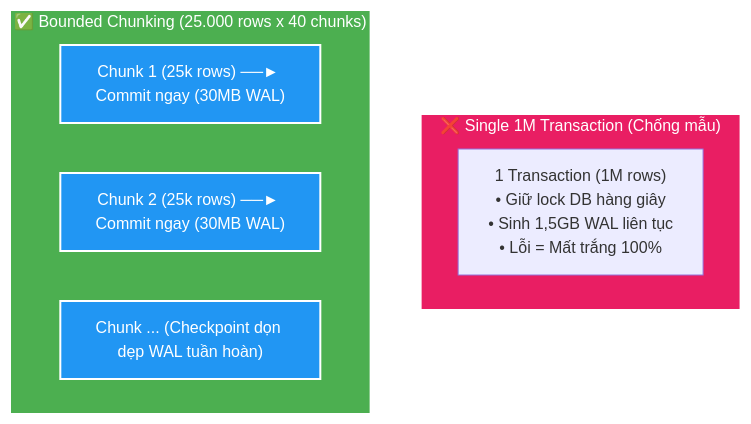
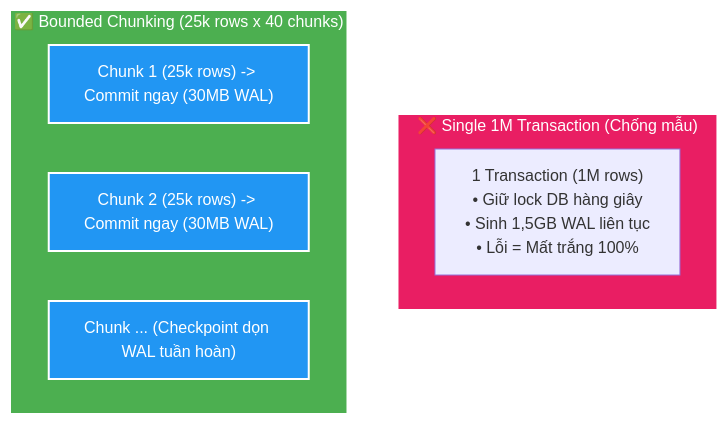
Before and after one commit to HungPhan200591/file-mngt-be-v2: the fourth of 4 diagrams in manual/learning/deep-dive/write-ahead-logging/01-wal-and-storage-engine-internals.md, drawn with Mermaid. The commit also changed other lines of this file, not shown here.

````diff
--- a/manual/learning/deep-dive/write-ahead-logging/01-wal-and-storage-engine-internals.md
+++ b/manual/learning/deep-dive/write-ahead-logging/01-wal-and-storage-engine-internals.md
@@ -149,18 +149,18 @@
 ```mermaid
 flowchart TD
     subgraph BAD["❌ Single 1M Transaction (Chống mẫu)"]
         T1["1 Transaction (1M rows)<br/>• Giữ lock DB hàng giây<br/>• Sinh 1,5GB WAL liên tục<br/>• Lỗi = Mất trắng 100%"]
     end
 
-    subgraph GOOD["✅ Bounded Chunking (25.000 rows x 40 chunks)"]
-        C1["Chunk 1 (25k rows) ──► Commit ngay (30MB WAL)"]
-        C2["Chunk 2 (25k rows) ──► Commit ngay (30MB WAL)"]
-        C3["Chunk ... (Checkpoint dọn dẹp WAL tuần hoàn)"]
+    subgraph GOOD["✅ Bounded Chunking (25k rows x 40 chunks)"]
+        C1["Chunk 1 (25k rows) -> Commit ngay (30MB WAL)"]
+        C2["Chunk 2 (25k rows) -> Commit ngay (30MB WAL)"]
+        C3["Chunk ... (Checkpoint dọn WAL tuần hoàn)"]
     end
 
     style BAD fill:#E91E63,stroke:#fff,stroke-width:2px,color:#fff
     style GOOD fill:#4CAF50,stroke:#fff,stroke-width:2px,color:#fff
     style C1 fill:#2196F3,stroke:#fff,stroke-width:2px,color:#fff
     style C2 fill:#2196F3,stroke:#fff,stroke-width:2px,color:#fff
     style C3 fill:#2196F3,stroke:#fff,stroke-width:2px,color:#fff
 ```
````
